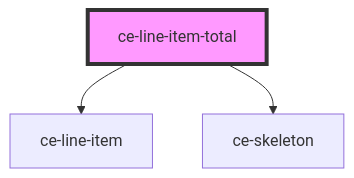
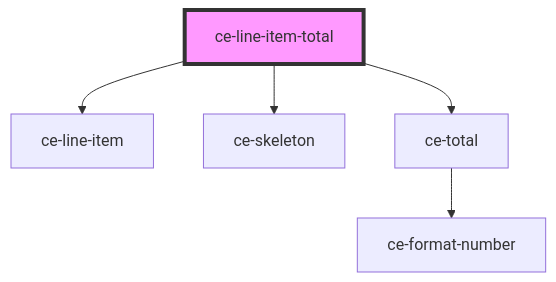
Before and after one commit to surecart/surecart-wp-plugin: the diagram in packages/components/src/components/controllers/line-item-total/readme.md, drawn with Mermaid. The commit also changed other lines of this file and 73 other files, not shown here.

````diff
--- a/packages/components/src/components/controllers/line-item-total/readme.md
+++ b/packages/components/src/components/controllers/line-item-total/readme.md
@@ -27,6 +28,8 @@
 ```mermaid
 graph TD;
   ce-line-item-total --> ce-line-item
   ce-line-item-total --> ce-skeleton
+  ce-line-item-total --> ce-total
+  ce-total --> ce-format-number
   style ce-line-item-total fill:#f9f,stroke:#333,stroke-width:4px
 ```
````
